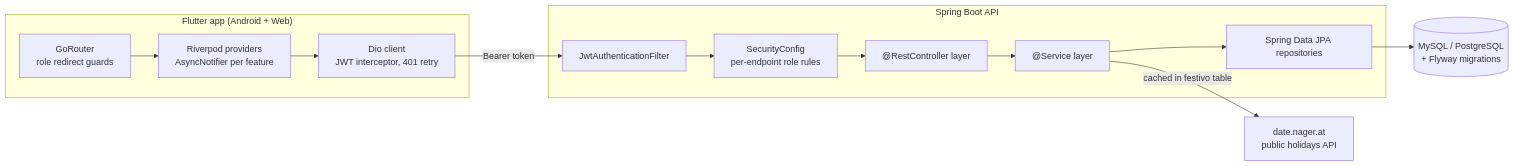
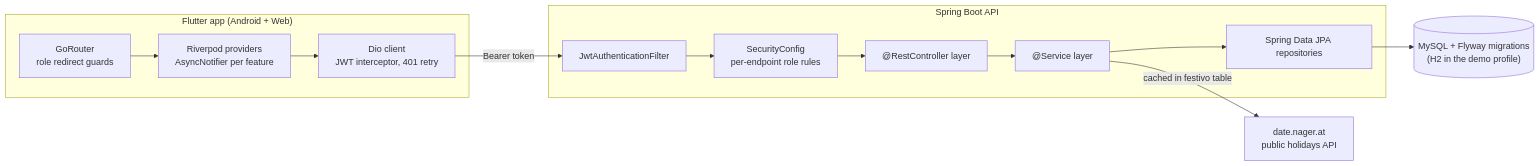
One commit to PresidenteOG/gaula-student-manager changed the diagram in ARCHITECTURE.md. Above: the diagram before and after it, drawn with Mermaid. The commit also changed other lines of this file and 1 other file, not shown here.

````diff
--- a/ARCHITECTURE.md
+++ b/ARCHITECTURE.md
@@ -6,20 +6,20 @@
 ```mermaid
 flowchart LR
     subgraph Client["Flutter app (Android + Web)"]
         router["GoRouter\nrole redirect guards"]
         riverpod["Riverpod providers\nAsyncNotifier per feature"]
         dio["Dio client\nJWT interceptor, 401 retry"]
     end
     subgraph API["Spring Boot API"]
         filter["JwtAuthenticationFilter"]
         sec["SecurityConfig\nper-endpoint role rules"]
         ctrl["@RestController layer"]
         svc["@Service layer"]
         repo["Spring Data JPA repositories"]
     end
-    db[("MySQL / PostgreSQL\n+ Flyway migrations")]
+    db[("MySQL + Flyway migrations\n(H2 in the demo profile)")]
     nager["date.nager.at\npublic holidays API"]
 
     router --> riverpod --> dio -->|"Bearer token"| filter --> sec --> ctrl --> svc --> repo --> db
     svc -->|"cached in festivo table"| nager
 ```
````
